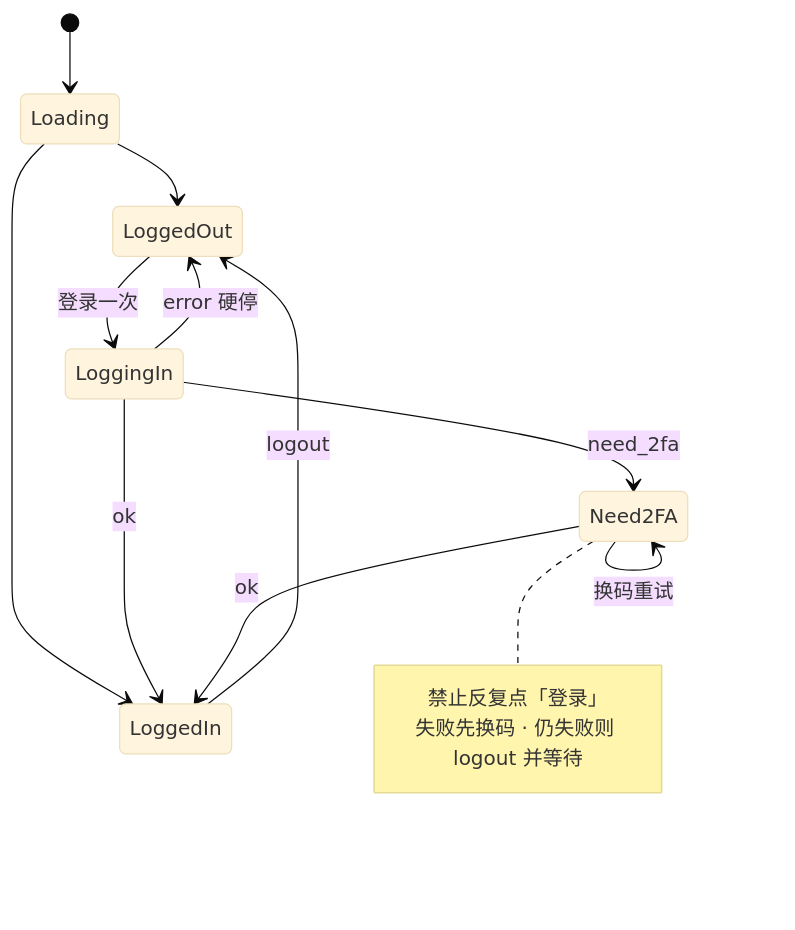
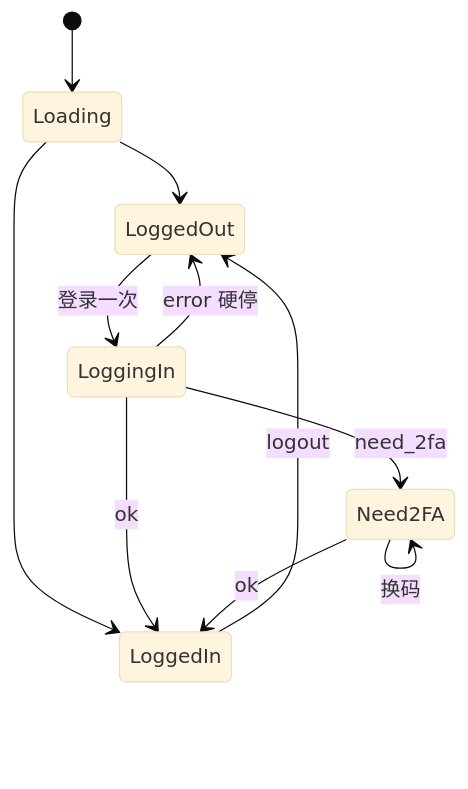
One commit to cz6c/ll-admin changed the second of 3 diagrams in apps/admin/src/components/IcloudSyncAuthModal/loginFlow.md. Above: the diagram before and after it, drawn with Mermaid (base theme). The commit also changed other lines of this file and 62 other files, not shown here.

````diff
--- a/apps/admin/src/components/IcloudSyncAuthModal/loginFlow.md
+++ b/apps/admin/src/components/IcloudSyncAuthModal/loginFlow.md
@@ -251,21 +51,13 @@
 ```mermaid
 stateDiagram-v2
   [*] --> Loading
   Loading --> LoggedOut
   Loading --> LoggedIn
-
   LoggedOut --> LoggingIn: 登录一次
   LoggingIn --> Need2FA: need_2fa
   LoggingIn --> LoggedIn: ok
   LoggingIn --> LoggedOut: error 硬停
-
-  Need2FA --> Need2FA: 换码重试
+  Need2FA --> Need2FA: 换码
   Need2FA --> LoggedIn: ok
-
   LoggedIn --> LoggedOut: logout
-
-  note right of Need2FA
-    禁止反复点「登录」
-    失败先换码 · 仍失败则 logout 并等待
-  end note
 ```
````
